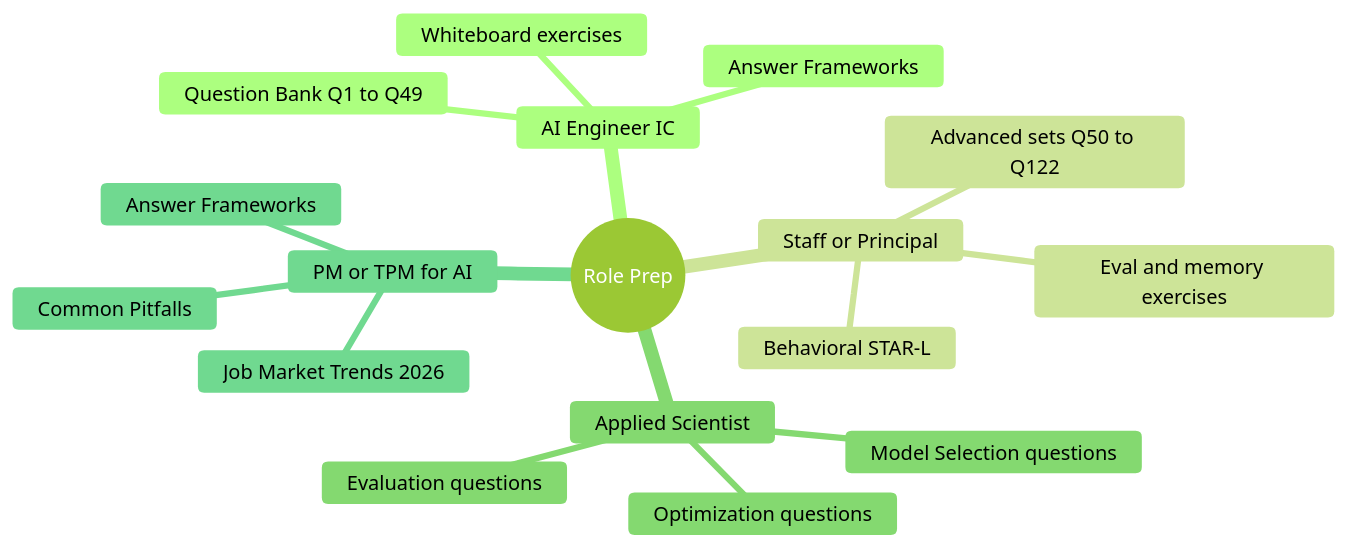
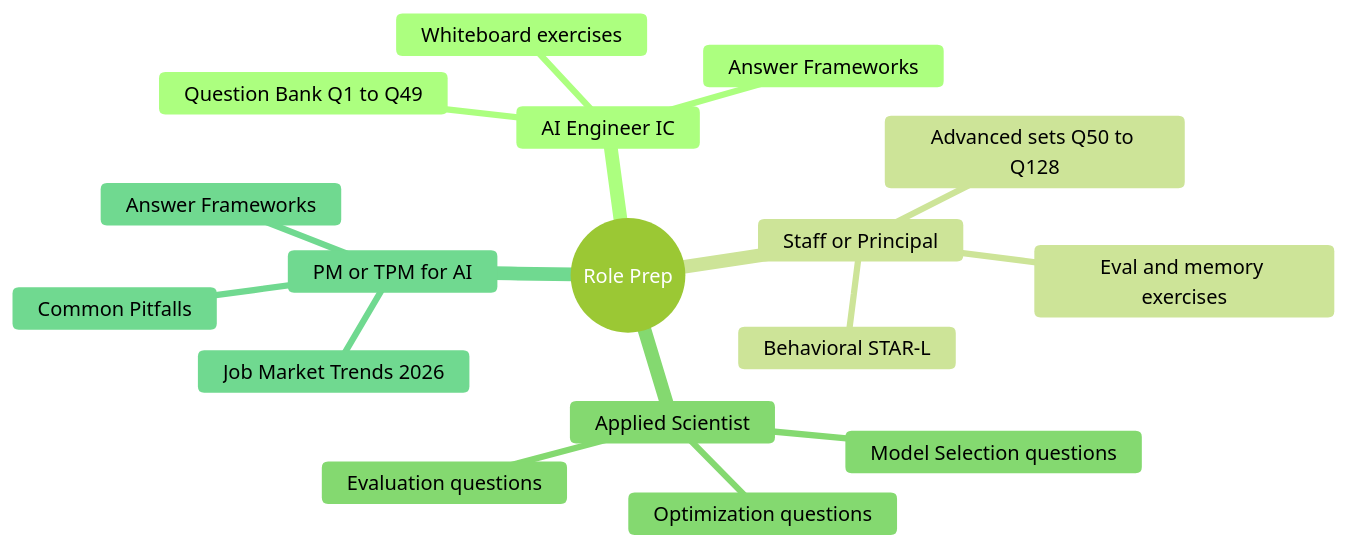
One commit to BatthulaVinay/ai-system-design-guide changed the second of 2 diagrams in 00-interview-prep/README.md. Above: the diagram before and after it, drawn with Mermaid (forest theme). The commit also changed other lines of this file and 2 other files, not shown here.

First line of the commit message:
feat(prep): add August 2026 advanced questions Q123-Q128

````diff
--- a/00-interview-prep/README.md
+++ b/00-interview-prep/README.md
@@ -32,20 +32,20 @@
 ```mermaid
 mindmap
   root((Role Prep))
     AI Engineer IC
       Question Bank Q1 to Q49
       Answer Frameworks
       Whiteboard exercises
     Staff or Principal
-      Advanced sets Q50 to Q122
+      Advanced sets Q50 to Q128
       Behavioral STAR-L
       Eval and memory exercises
     Applied Scientist
       Model Selection questions
       Evaluation questions
       Optimization questions
     PM or TPM for AI
       Common Pitfalls
       Job Market Trends 2026
       Answer Frameworks
 ```
````
